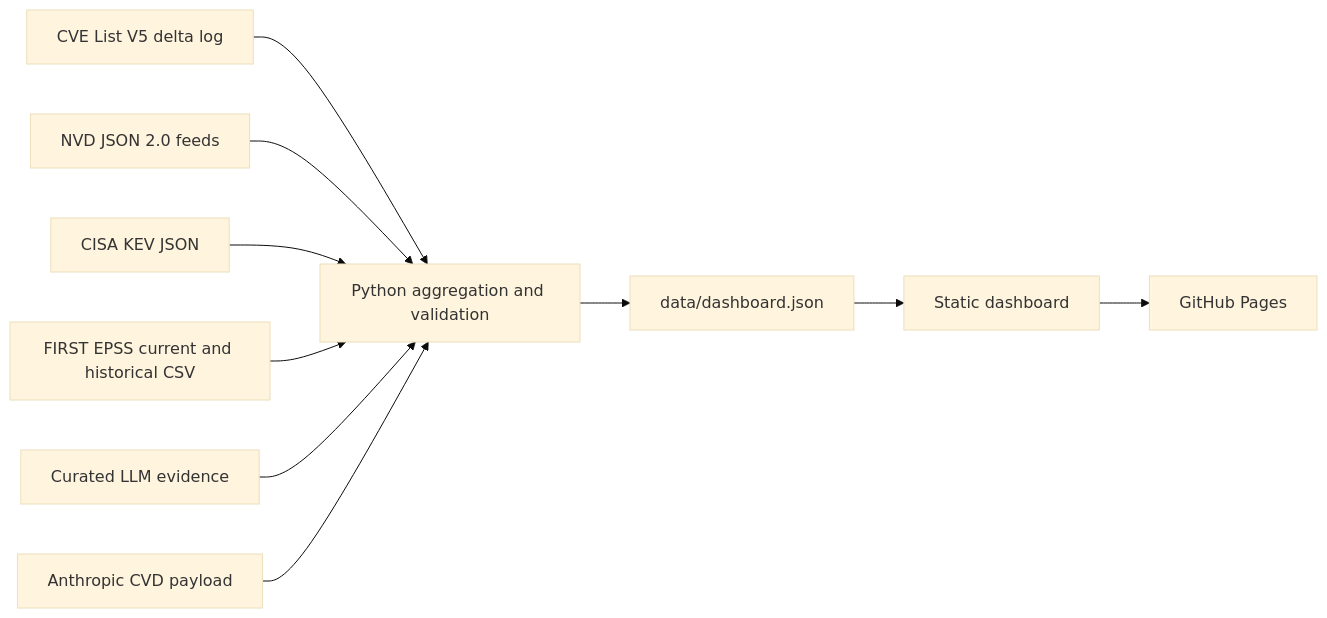
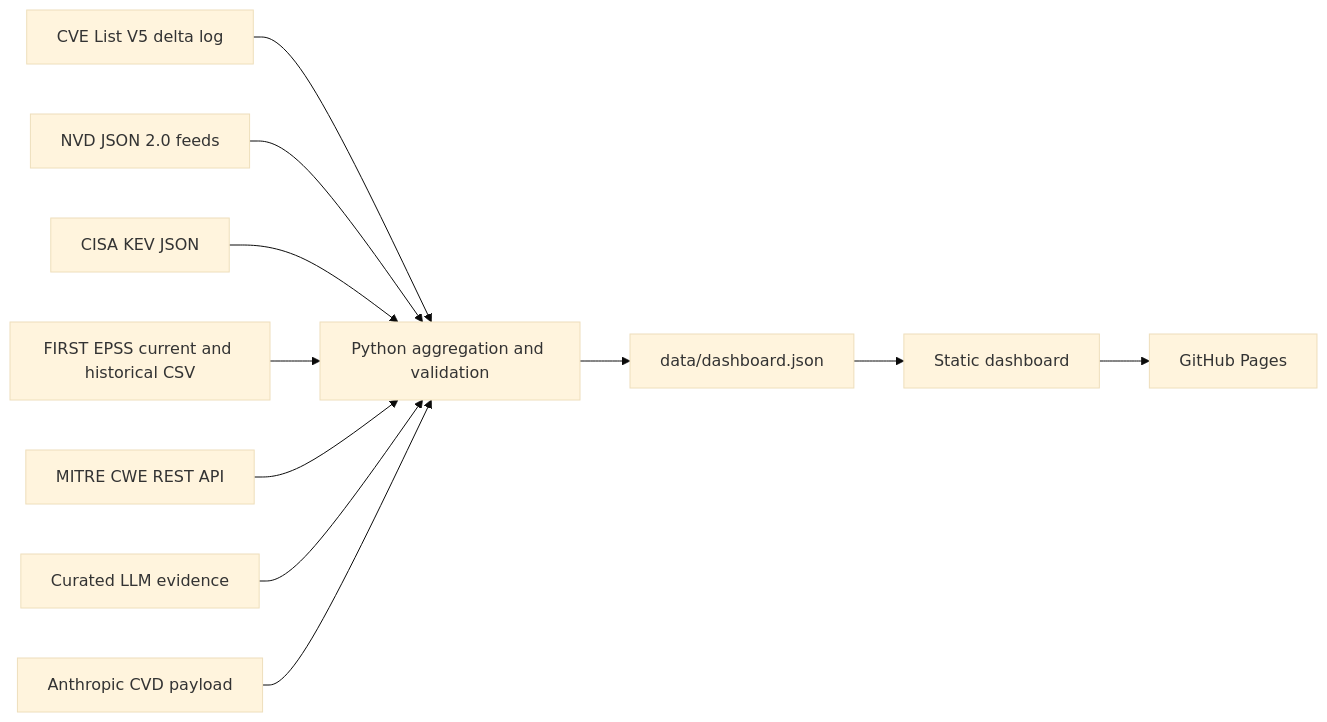
The diagram in README.md (llody9977/vulnsignal), drawn with Mermaid (base theme) before and after one commit. The commit also changed other lines of this file, not shown here.

````diff
--- a/README.md
+++ b/README.md
@@ -103,12 +103,13 @@
 ```mermaid
 flowchart LR
   CVE["CVE List V5 delta log"] --> Sync["Python aggregation and validation"]
   NVD["NVD JSON 2.0 feeds"] --> Sync
   KEV["CISA KEV JSON"] --> Sync
   EPSS["FIRST EPSS current and historical CSV"] --> Sync
+  CWE["MITRE CWE REST API"] --> Sync
   Evidence["Curated LLM evidence"] --> Sync
   Anthropic["Anthropic CVD payload"] --> Sync
   Sync --> Dataset["data/dashboard.json"]
   Dataset --> App["Static dashboard"]
   App --> Pages["GitHub Pages"]
 ```
````
